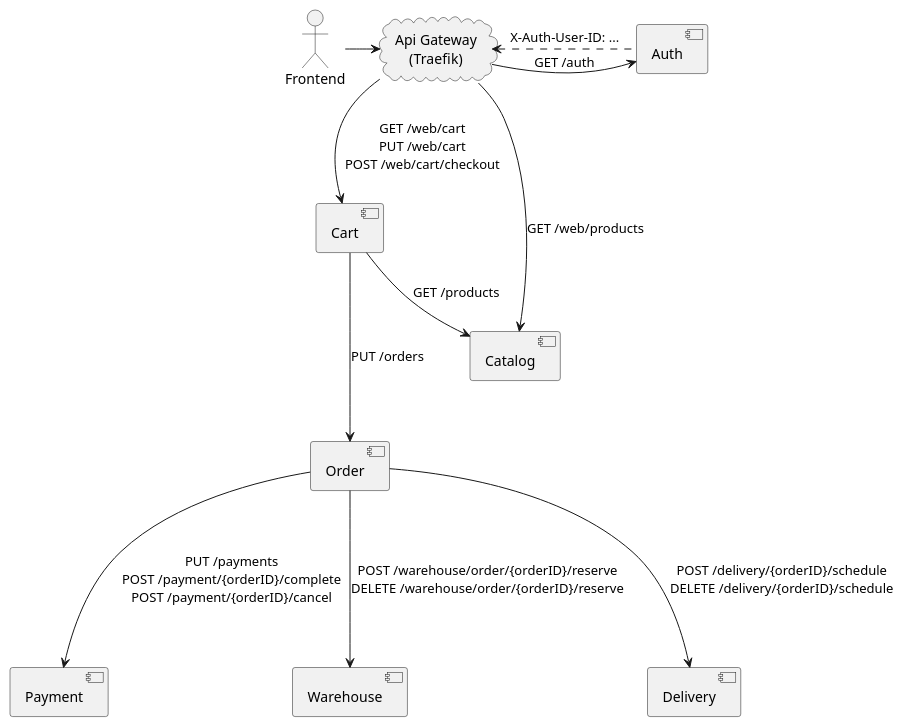
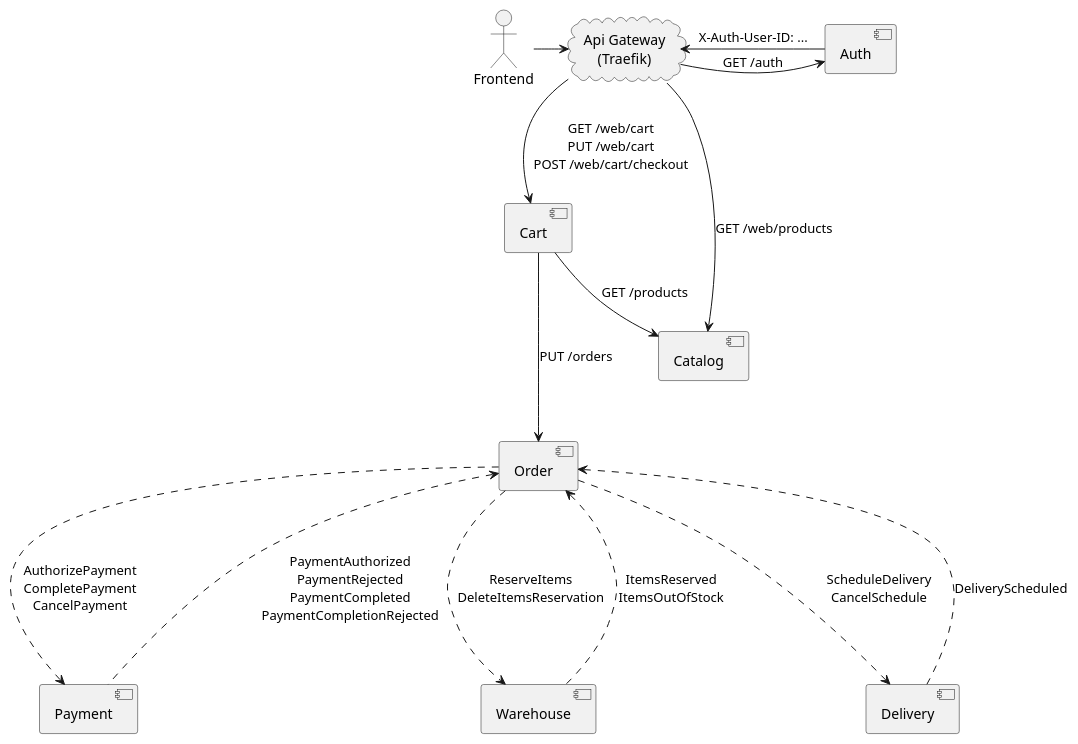
The diagram in docs/services.puml (klwxsrx/arch-course-project), drawn with PlantUML before and after one commit. The commit also changed 40 other files, not shown here.

```diff
--- a/docs/services.puml
+++ b/docs/services.puml
@@ -1,46 +1,52 @@
 @startuml
 skinparam defaultTextAlignment center
 
 actor User [
     Frontend
 ]
 
 cloud APIGateway [
     Api Gateway
     (Traefik)
 ]
 
 component Auth
 
 component Cart
 
 component Order
 
 component Catalog
 
 component Payment
 
 component Warehouse
 
 component Delivery
 
 User -right-> APIGateway
 
 APIGateway -right-> Auth: GET /auth
-APIGateway <.right. Auth: X-Auth-User-ID: ...
+APIGateway <-right- Auth: X-Auth-User-ID: ...
 
 APIGateway --> Catalog: GET /web/products
 
 APIGateway --> Cart: GET /web/cart\nPUT /web/cart\nPOST /web/cart/checkout
 
 Cart --> Catalog: GET /products
 
 Cart ---> Order: PUT /orders
 
-Order ---> Payment: PUT /payments\nPOST /payment/{orderID}/complete\nPOST /payment/{orderID}/cancel
+Order ...> Payment: AuthorizePayment\nCompletePayment\nCancelPayment
 
-Order ---> Warehouse: POST /warehouse/order/{orderID}/reserve\nDELETE /warehouse/order/{orderID}/reserve
+Order <... Payment: PaymentAuthorized\nPaymentRejected\nPaymentCompleted\nPaymentCompletionRejected
 
-Order --->  Delivery: POST /delivery/{orderID}/schedule\nDELETE /delivery/{orderID}/schedule
+Order ...> Warehouse: ReserveItems\nDeleteItemsReservation
+
+Order <... Warehouse: ItemsReserved\nItemsOutOfStock
+
+Order ...> Delivery: ScheduleDelivery\nCancelSchedule
+
+Order <... Delivery: DeliveryScheduled
 
 @enduml
```
